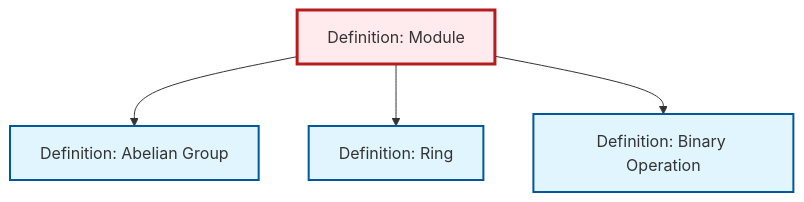
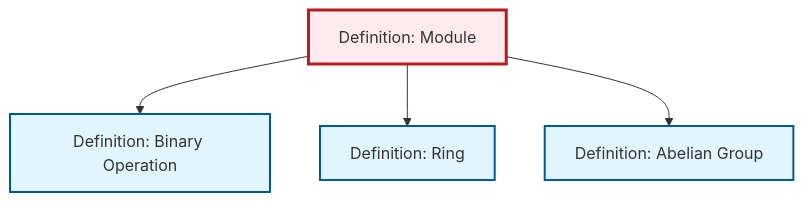
Before and after one commit to RK0429/ModernMath: the diagram in content/en/algebra/def-module.qmd, drawn with Mermaid. The commit also changed other lines of this file and 672 other files, not shown here.

````diff
--- a/content/en/algebra/def-module.qmd
+++ b/content/en/algebra/def-module.qmd
@@ -55,20 +55,20 @@
 ```{mermaid}
 %%| fig-cap: "Local dependency graph"
 graph TD
     classDef definition fill:#e1f5fe,stroke:#01579b,stroke-width:2px
     classDef theorem fill:#f3e5f5,stroke:#4a148c,stroke-width:2px
     classDef axiom fill:#fff3e0,stroke:#e65100,stroke-width:2px
     classDef example fill:#e8f5e9,stroke:#1b5e20,stroke-width:2px
     classDef current fill:#ffebee,stroke:#b71c1c,stroke-width:3px
+    def-module["Definition: Module"]:::definition
+    def-ring["Definition: Ring"]:::definition
     def-abelian-group["Definition: Abelian Group"]:::definition
     def-binary-operation["Definition: Binary Operation"]:::definition
-    def-module["Definition: Module"]:::definition
-    def-ring["Definition: Ring"]:::definition
+    def-module --> def-binary-operation
+    def-module --> def-ring
     def-module --> def-abelian-group
-    def-module --> def-ring
-    def-module --> def-binary-operation
     class def-module current
+    click def-ring "def-ring.html" "Go to Ring definition"
     click def-abelian-group "def-abelian-group.html" "Go to Abelian Group definition"
     click def-binary-operation "def-binary-operation.html" "Go to Binary Operation definition"
-    click def-ring "def-ring.html" "Go to Ring definition"
 ```
````
